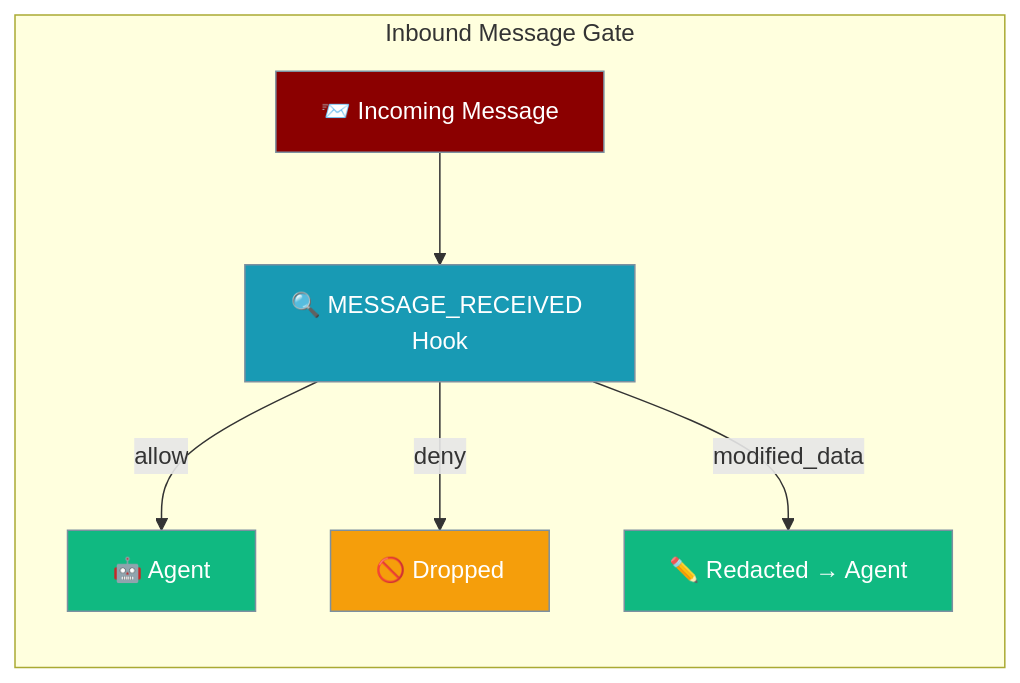
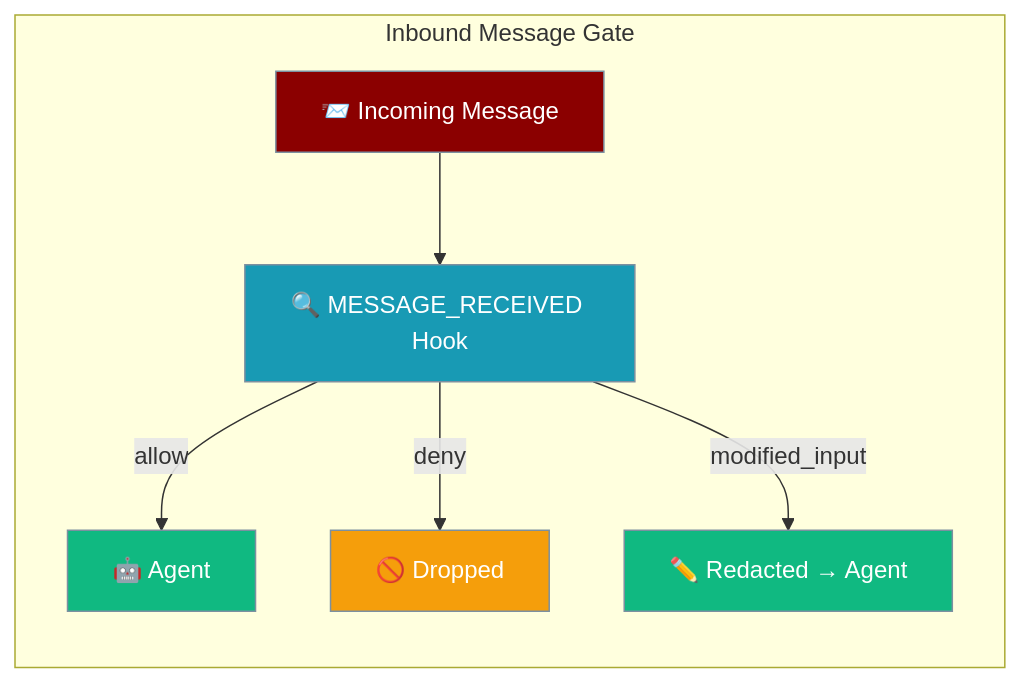
One commit to MervinPraison/PraisonAIDocs changed the first of 2 diagrams in docs/features/inbound-message-gate.mdx. Above: the diagram before and after it, drawn with Mermaid. The commit also changed other lines of this file, not shown here.

First line of the commit message:
fix(docs): replace non-existent HookResult.modified_data() with correct SDK API

````diff
--- a/docs/features/inbound-message-gate.mdx
+++ b/docs/features/inbound-message-gate.mdx
@@ -31,19 +31,19 @@
 ```mermaid
 graph LR
     subgraph "Inbound Message Gate"
         M[📨 Incoming Message] --> H[🔍 MESSAGE_RECEIVED Hook]
         H -->|allow| A[🤖 Agent]
         H -->|deny| D[🚫 Dropped]
-        H -->|modified_data| R[✏️ Redacted → Agent]
+        H -->|modified_input| R[✏️ Redacted → Agent]
     end
 
     classDef message fill:#8B0000,stroke:#7C90A0,color:#fff
     classDef hook fill:#189AB4,stroke:#7C90A0,color:#fff
     classDef agent fill:#10B981,stroke:#7C90A0,color:#fff
     classDef drop fill:#F59E0B,stroke:#7C90A0,color:#fff
 
     class M message
     class H hook
     class A,R agent
     class D drop
 ```
````
